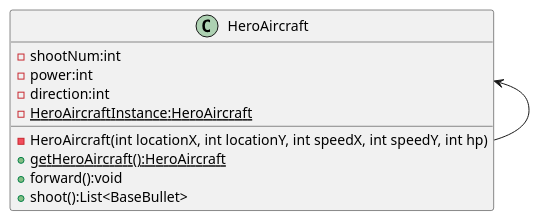
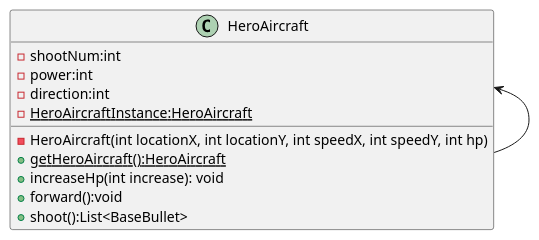
The diagram in uml/Singleton.puml (RainyTianyi/HITSZ_java_exp), drawn with PlantUML before and after one commit. The commit also changed 16 other files, not shown here.

```diff
--- a/uml/Singleton.puml
+++ b/uml/Singleton.puml
@@ -1,18 +1,19 @@
 @startuml
 'https://plantuml.com/class-diagram
 
 class HeroAircraft {
     - shootNum:int
     - power:int
     - direction:int
     - {static} HeroAircraftInstance:HeroAircraft
 
     - HeroAircraft(int locationX, int locationY, int speedX, int speedY, int hp)
     + {static} getHeroAircraft():HeroAircraft
+    + increaseHp(int increase): void
     + forward():void
     + shoot():List<BaseBullet>
 }
 
 HeroAircraft <-- HeroAircraft
 
 @enduml
```
